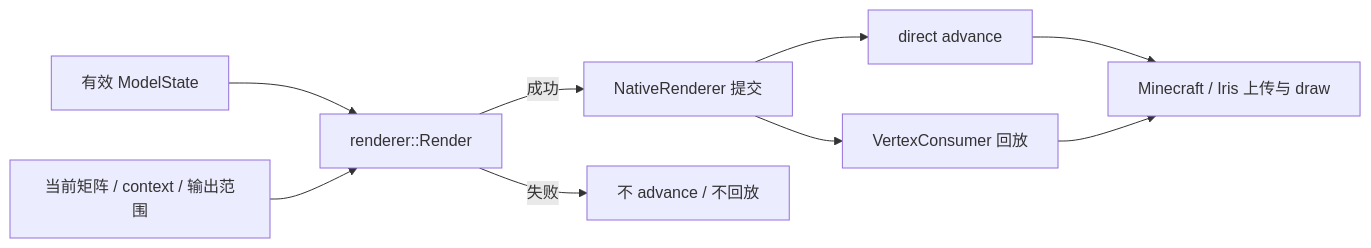
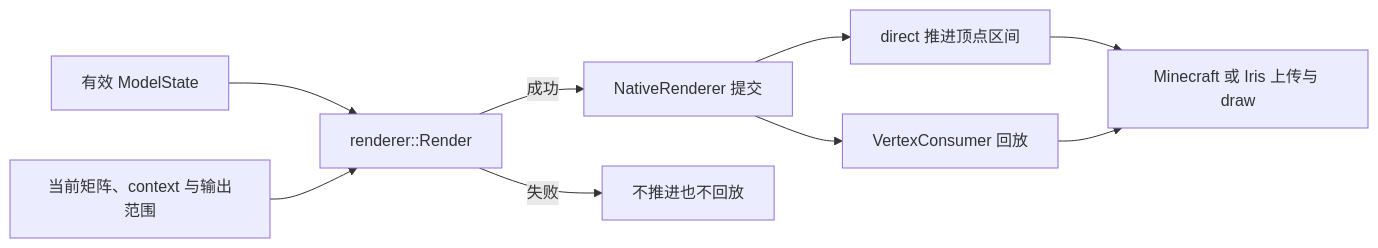
The diagram in docs/architecture/rendering/implementation/vertex-output.md (YesSteveModel/YesSteveModel), drawn with Mermaid before and after one commit. The commit also changed other lines of this file and 1109 other files, not shown here.

````diff
--- a/docs/architecture/rendering/implementation/vertex-output.md
+++ b/docs/architecture/rendering/implementation/vertex-output.md
@@ -7,11 +7,11 @@
 ```mermaid
 flowchart LR
     State["有效 ModelState"] --> Render["renderer::Render"]
-    Params["当前矩阵 / context / 输出范围"] --> Render
+    Params["当前矩阵、context 与输出范围"] --> Render
     Render -->|"成功"| NativeRenderer["NativeRenderer 提交"]
-    Render -->|"失败"| Reject["不 advance / 不回放"]
-    NativeRenderer --> Direct["direct advance"]
+    Render -->|"失败"| Reject["不推进也不回放"]
+    NativeRenderer --> Direct["direct 推进顶点区间"]
     NativeRenderer --> Fallback["VertexConsumer 回放"]
-    Direct --> Host["Minecraft / Iris 上传与 draw"]
+    Direct --> Host["Minecraft 或 Iris 上传与 draw"]
     Fallback --> Host
 ```
````
